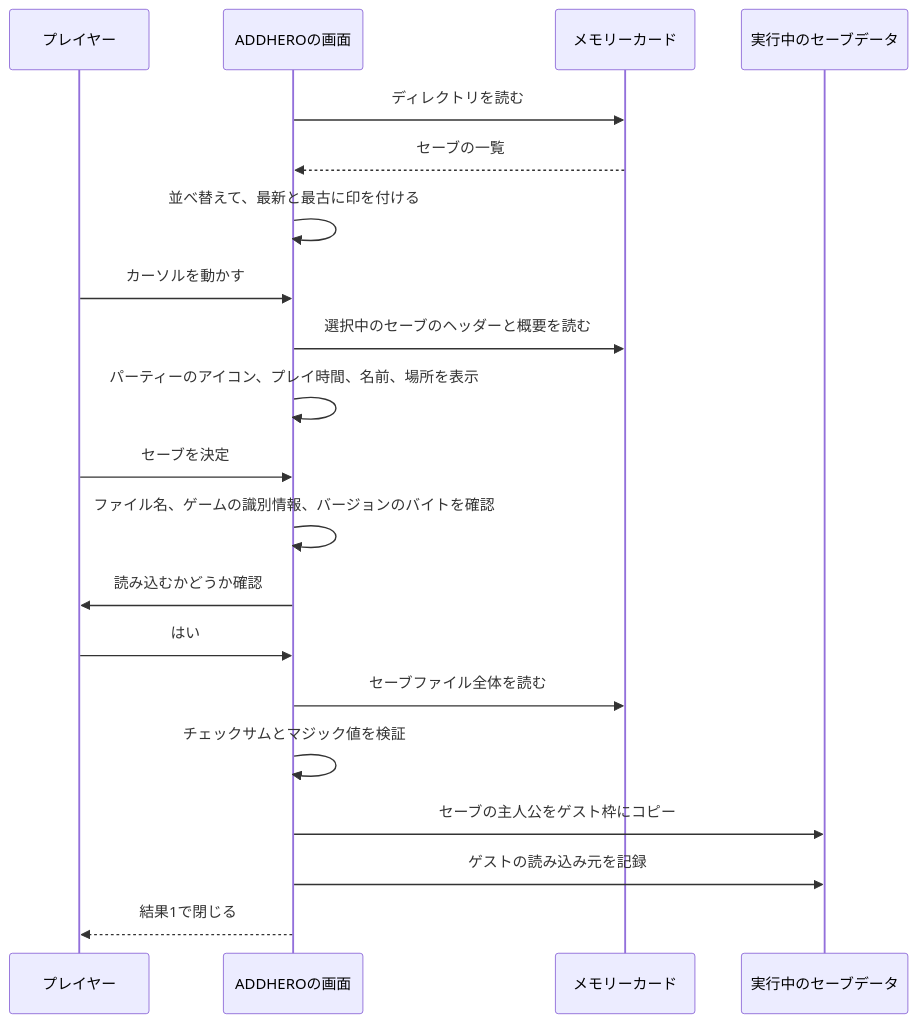
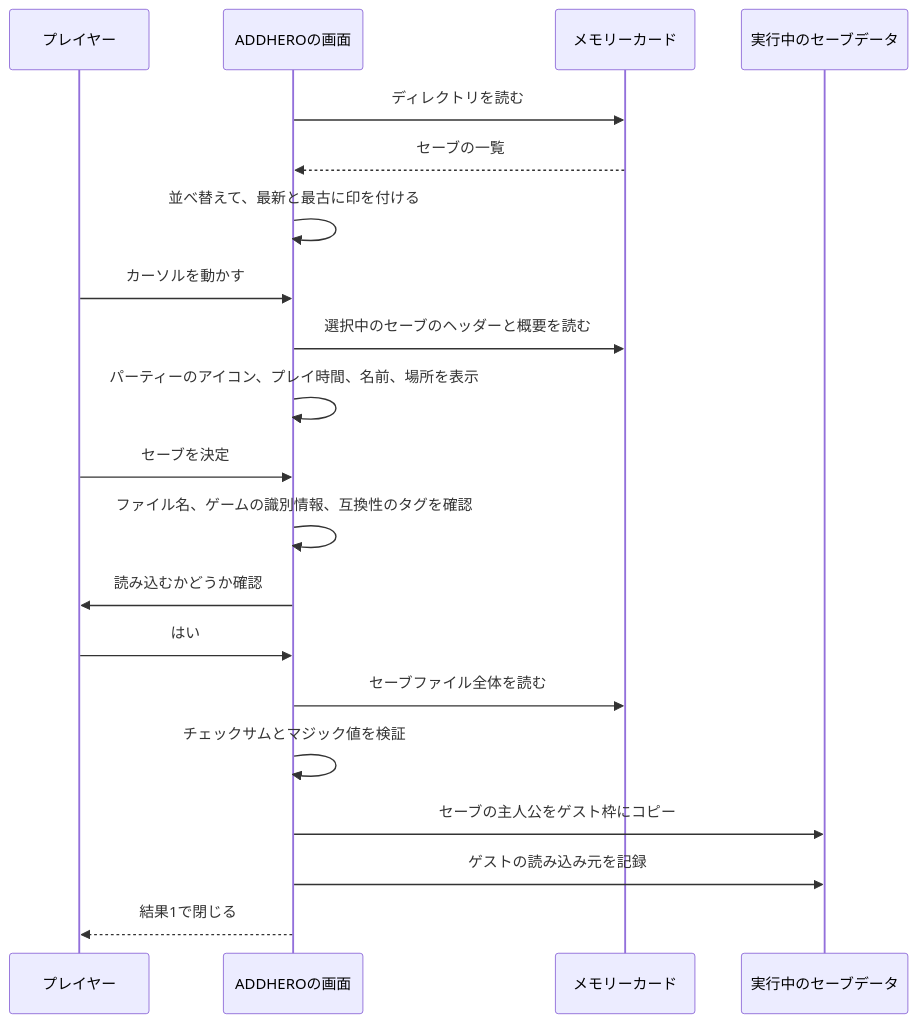
Before and after one commit to celophi/lom-decomp: the second of 3 diagrams in docs/jp/technical/architecture/addhero.md, drawn with Mermaid. The commit also changed other lines of this file and 39 other files, not shown here.

````diff
--- a/docs/jp/technical/architecture/addhero.md
+++ b/docs/jp/technical/architecture/addhero.md
@@ -87,23 +87,23 @@
 ```mermaid
 sequenceDiagram
     participant Player as プレイヤー
     participant UI as ADDHEROの画面
     participant Card as メモリーカード
     participant Save as 実行中のセーブデータ
 
     UI->>Card: ディレクトリを読む
     Card-->>UI: セーブの一覧
     UI->>UI: 並べ替えて、最新と最古に印を付ける
     Player->>UI: カーソルを動かす
     UI->>Card: 選択中のセーブのヘッダーと概要を読む
     UI->>UI: パーティーのアイコン、プレイ時間、名前、場所を表示
     Player->>UI: セーブを決定
-    UI->>UI: ファイル名、ゲームの識別情報、バージョンのバイトを確認
+    UI->>UI: ファイル名、ゲームの識別情報、互換性のタグを確認
     UI->>Player: 読み込むかどうか確認
     Player->>UI: はい
     UI->>Card: セーブファイル全体を読む
     UI->>UI: チェックサムとマジック値を検証
     UI->>Save: セーブの主人公をゲスト枠にコピー
     UI->>Save: ゲストの読み込み元を記録
     UI-->>Player: 結果1で閉じる
 ```
````
